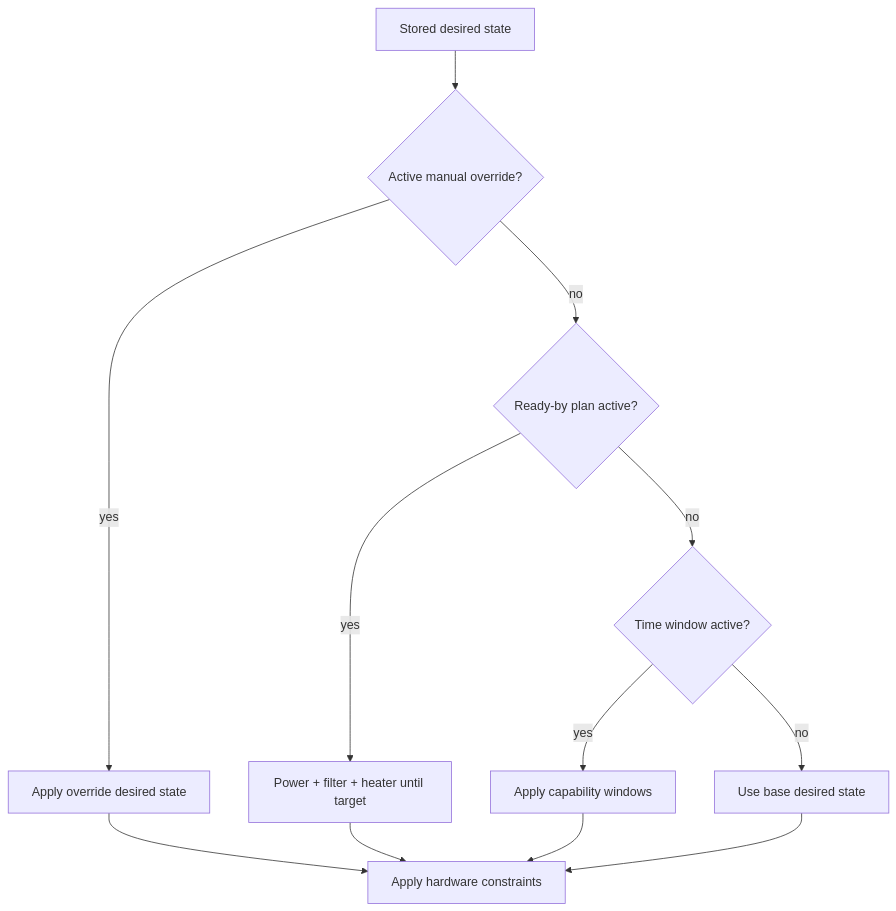
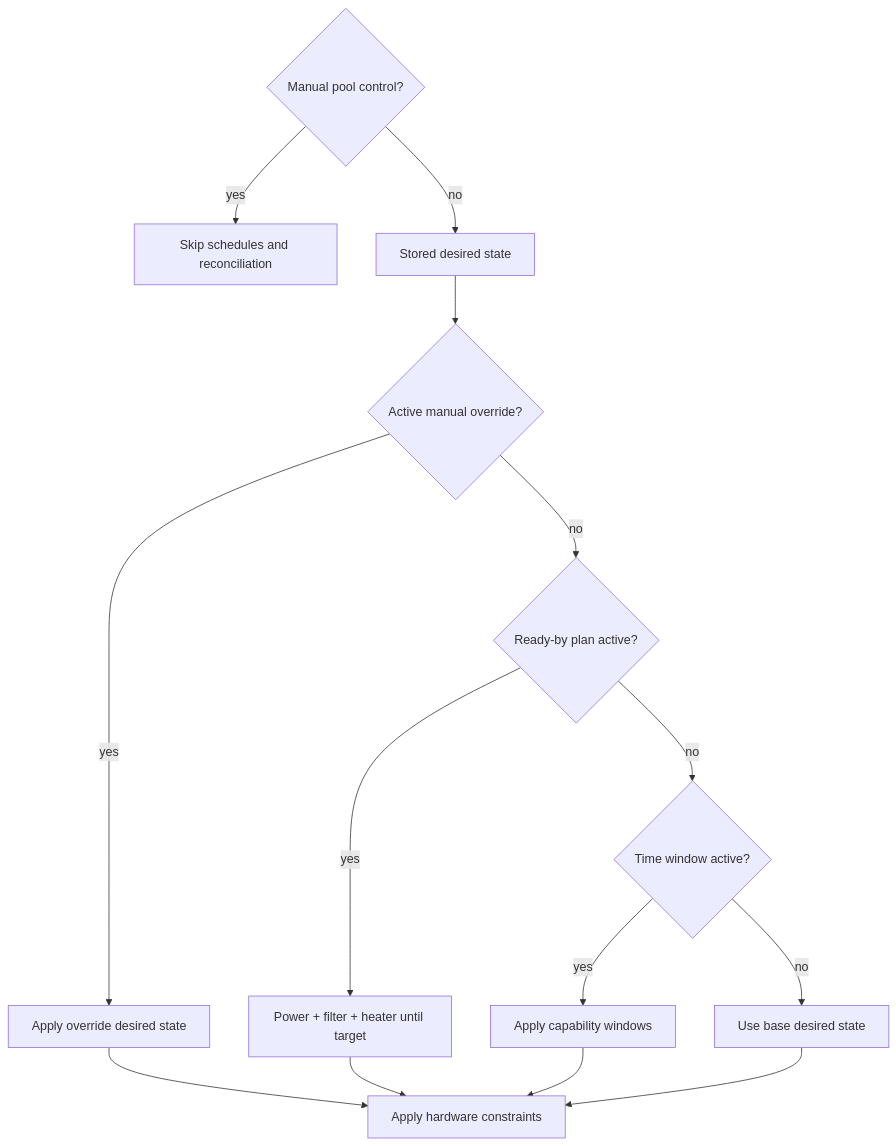
Before and after one commit to thieso2/poold: the second of 3 diagrams in README.md, drawn with Mermaid. The commit also changed other lines of this file and 10 other files, not shown here.

Commit message:
Add manual pool control mode

````diff
--- a/README.md
+++ b/README.md
@@ -174,14 +177,16 @@
 ```mermaid
 flowchart TD
-  Base[Stored desired state] --> Manual{Active manual override?}
+  Mode{Manual pool control?} -->|yes| Skip[Skip schedules and reconciliation]
+  Mode -->|no| Base[Stored desired state]
+  Base --> Manual{Active manual override?}
   Manual -->|yes| Override[Apply override desired state]
   Manual -->|no| Ready{Ready-by plan active?}
   Ready -->|yes| Heat[Power + filter + heater until target]
   Ready -->|no| Window{Time window active?}
   Window -->|yes| WindowDesired[Apply capability windows]
   Window -->|no| BaseOnly[Use base desired state]
   Override --> Hardware[Apply hardware constraints]
   Heat --> Hardware
   WindowDesired --> Hardware
   BaseOnly --> Hardware
 ```
````
